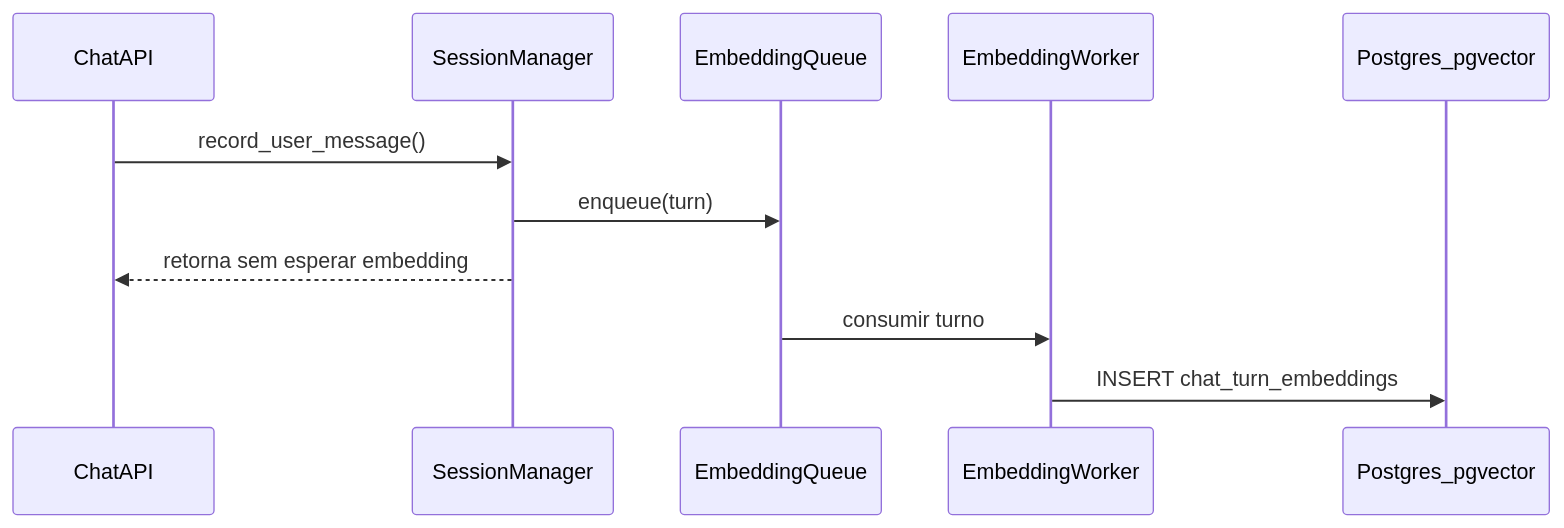
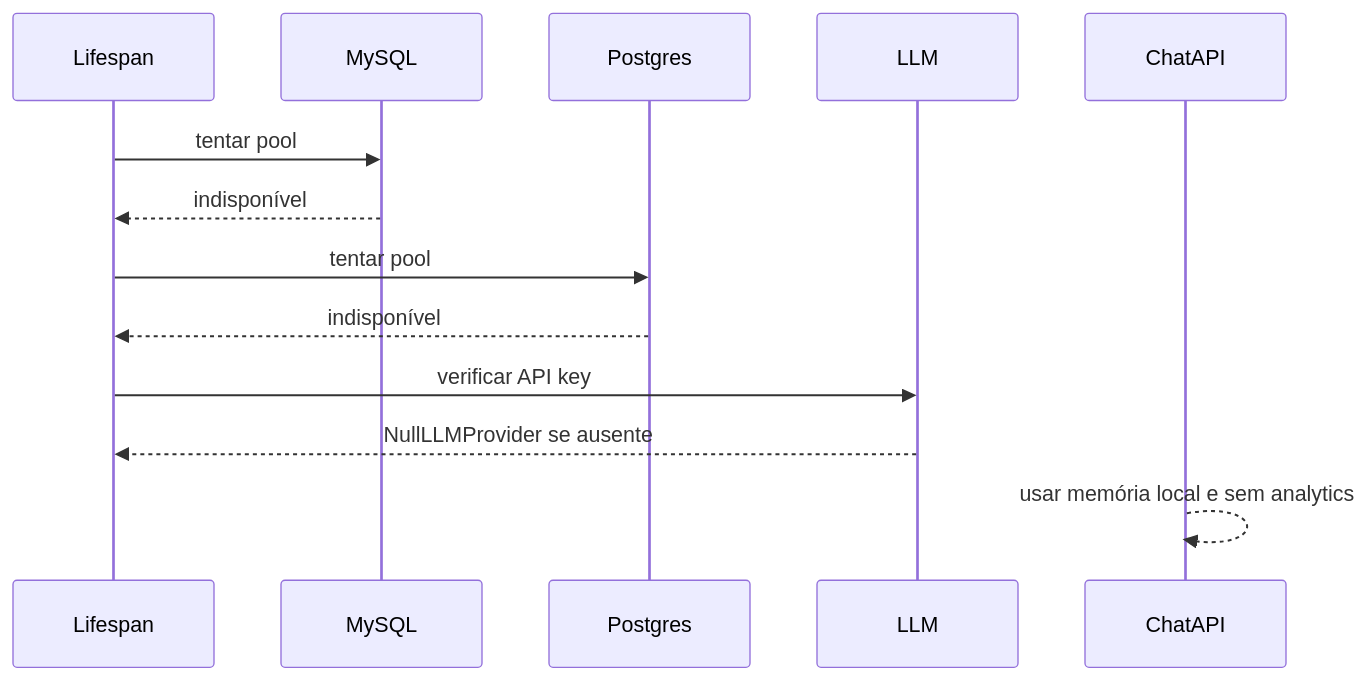
Before and after one commit to cristianosantana/jupter_notebook: the ninth of 12 diagrams in orion_mcp_v3/docs/architecture/ANALISE_ARQUITETURAL_SENIOR.md, drawn with Mermaid. The commit also changed other lines of this file and 3 other files, not shown here.

````diff
--- a/orion_mcp_v3/docs/architecture/ANALISE_ARQUITETURAL_SENIOR.md
+++ b/orion_mcp_v3/docs/architecture/ANALISE_ARQUITETURAL_SENIOR.md
@@ -567,14 +577,16 @@
 ```mermaid
 sequenceDiagram
+    participant APP as Lifespan
+    participant MY as MySQL
+    participant PG as Postgres
+    participant LLM as LLM
     participant API as ChatAPI
-    participant SM as SessionManager
-    participant Q as EmbeddingQueue
-    participant EMB as EmbeddingWorker
-    participant PG as Postgres_pgvector
 
-    API->>SM: record_user_message()
-    SM->>Q: enqueue(turn)
-    SM-->>API: retorna sem esperar embedding
-    Q->>EMB: consumir turno
-    EMB->>PG: INSERT chat_turn_embeddings
+    APP->>MY: tentar pool
+    MY-->>APP: indisponível
+    APP->>PG: tentar pool
+    PG-->>APP: indisponível
+    APP->>LLM: verificar API key
+    LLM-->>APP: NullLLMProvider se ausente
+    API-->>API: usar memória local e sem analytics
 ```
````
